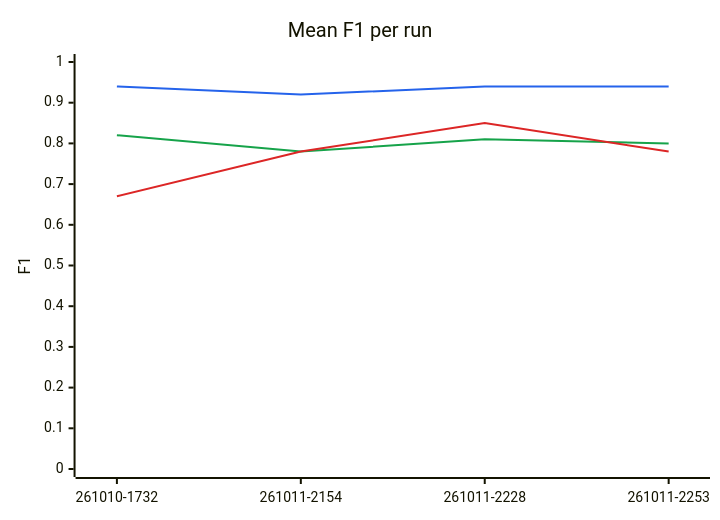
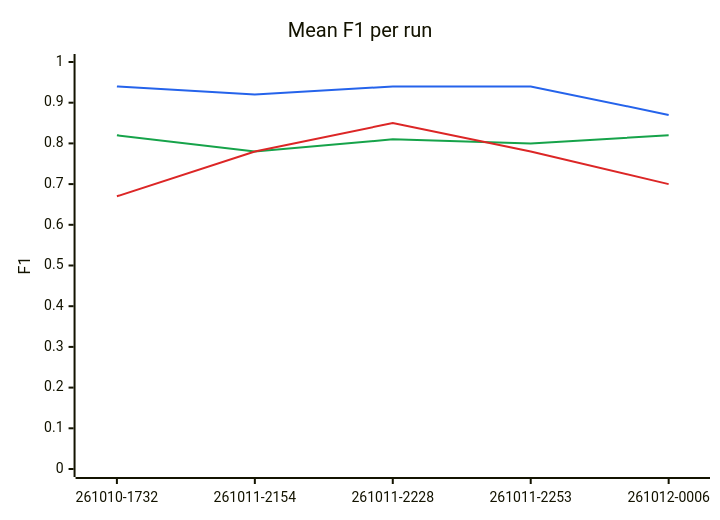
The first of 2 diagrams in lib/tests/benchmarks/extraction/results/README.md (megagonlabs/blue-data-kb-source), drawn with Mermaid before and after one commit. The commit also changed other lines of this file and 1 other file, not shown here.

````diff
--- a/lib/tests/benchmarks/extraction/results/README.md
+++ b/lib/tests/benchmarks/extraction/results/README.md
@@ -24,10 +24,10 @@
 ```mermaid
 %%{init: {"themeVariables": {"xyChart": {"plotColorPalette": "#2563eb, #16a34a, #dc2626"}}}}%%
 xychart-beta
     title "Mean F1 per run"
-    x-axis ["261010-1732", "261011-2154", "261011-2228", "261011-2253"]
+    x-axis ["261010-1732", "261011-2154", "261011-2228", "261011-2253", "261012-0006"]
     y-axis "F1" 0 --> 1
-    line [0.94, 0.92, 0.94, 0.94]
-    line [0.82, 0.78, 0.81, 0.80]
-    line [0.67, 0.78, 0.85, 0.78]
+    line [0.94, 0.92, 0.94, 0.94, 0.87]
+    line [0.82, 0.78, 0.81, 0.80, 0.82]
+    line [0.67, 0.78, 0.85, 0.78, 0.70]
 ```
````
